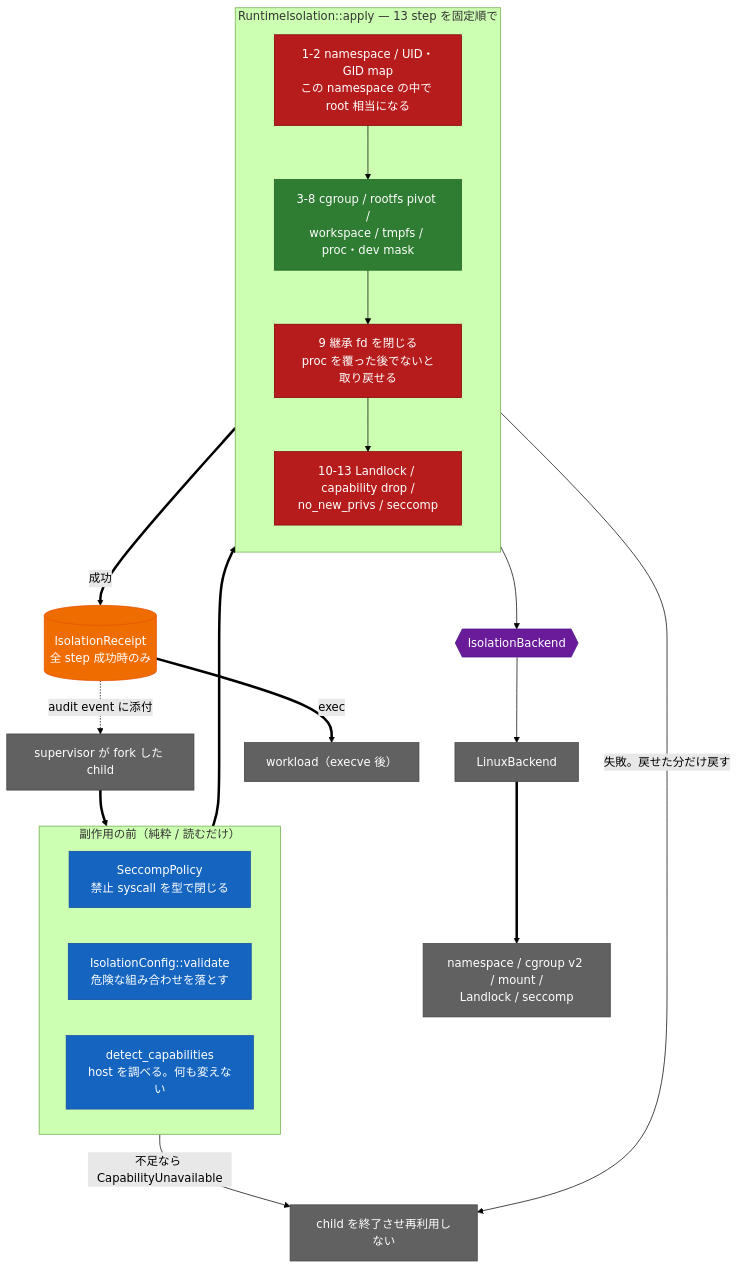
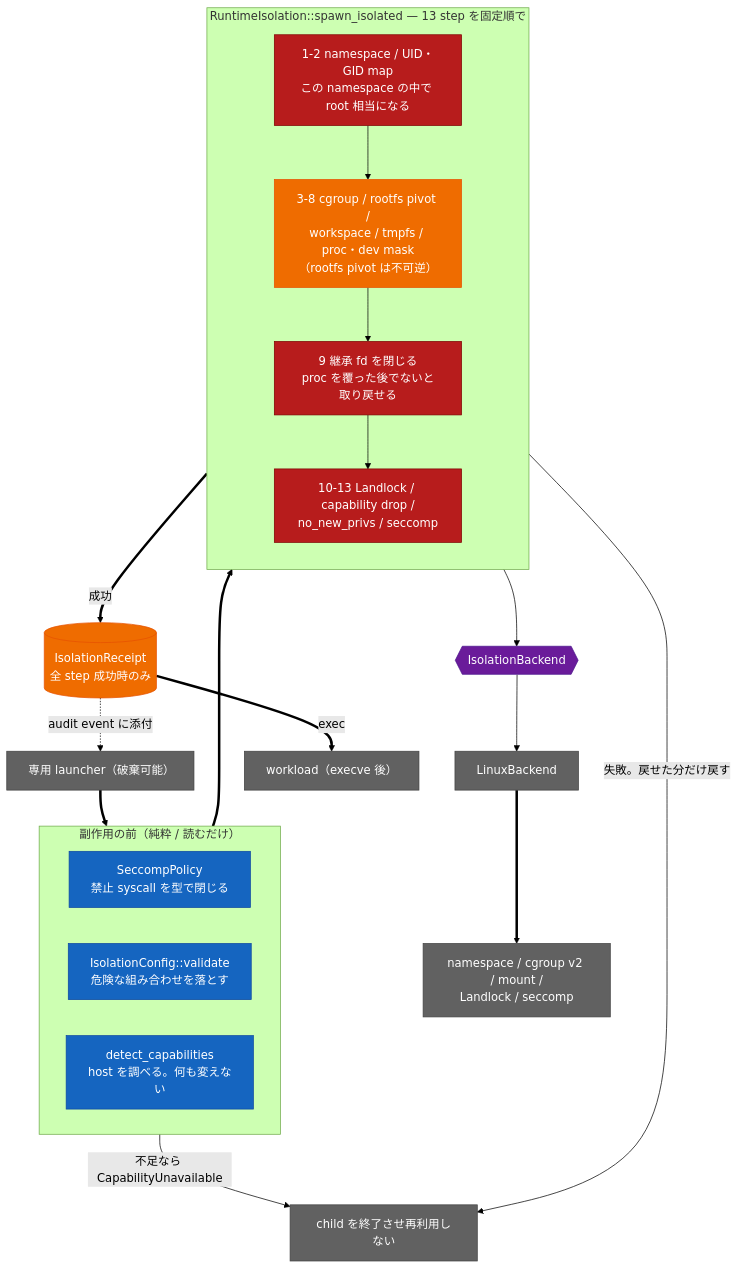
Before and after one commit to Aqua-218/SecCamp-AIAgent: the diagram in docs/runtime-isolation/README.md, drawn with Mermaid (forest theme). The commit also changed other lines of this file, not shown here.

Commit message:
docs(isolation): name spawn_isolated as the entry point for the transaction

````diff
--- a/docs/runtime-isolation/README.md
+++ b/docs/runtime-isolation/README.md
@@ -17,50 +19,51 @@
 ```mermaid
 flowchart TB
-    sup["supervisor が fork した child"]
+    sup["専用 launcher（破棄可能）"]
 
     subgraph pre["副作用の前（純粋 / 読むだけ）"]
         direction LR
         sc["SeccompPolicy<br/>禁止 syscall を型で閉じる"]
         cfg["IsolationConfig::validate<br/>危険な組み合わせを落とす"]
         det["detect_capabilities<br/>host を調べる。何も変えない"]
     end
 
-    subgraph apply["RuntimeIsolation::apply — 13 step を固定順で"]
+    subgraph apply["RuntimeIsolation::spawn_isolated — 13 step を固定順で"]
         direction TB
         p1["1-2 namespace / UID・GID map<br/>この namespace の中で root 相当になる"]
-        p2["3-8 cgroup / rootfs pivot /<br/>workspace / tmpfs / proc・dev mask"]
+        p2["3-8 cgroup / rootfs pivot /<br/>workspace / tmpfs / proc・dev mask<br/>（rootfs pivot は不可逆）"]
         p3["9 継承 fd を閉じる<br/>proc を覆った後でないと取り戻せる"]
         p4["10-13 Landlock / capability drop /<br/>no_new_privs / seccomp"]
         p1 --> p2 --> p3 --> p4
     end
 
     backend{{"IsolationBackend"}}
     linux["LinuxBackend"]
     kern["namespace / cgroup v2 / mount /<br/>Landlock / seccomp"]
 
     receipt[("IsolationReceipt<br/>全 step 成功時のみ")]
     wl["workload（execve 後）"]
     dead["child を終了させ再利用しない"]
 
     sup ==> pre
     pre -->|"不足なら CapabilityUnavailable"| dead
     pre ==> apply
     apply --> backend --> linux ==> kern
     apply ==>|"成功"| receipt
     receipt ==>|"exec"| wl
     receipt -.->|"audit event に添付"| sup
     apply -->|"失敗。戻せた分だけ戻す"| dead
 
     classDef pure fill:#1565c0,color:#fff,stroke:#0d47a1;
     classDef reversible fill:#2e7d32,color:#fff,stroke:#1b5e20;
+    classDef mixed fill:#ef6c00,color:#fff,stroke:#e65100;
     classDef oneway fill:#b71c1c,color:#fff,stroke:#7f0000;
     classDef seam fill:#6a1b9a,color:#fff,stroke:#4a148c;
     classDef data fill:#ef6c00,color:#fff,stroke:#e65100;
     classDef external fill:#616161,color:#fff,stroke:#424242;
     class sc,cfg,det pure;
-    class p2 reversible;
+    class p2 mixed;
     class p1,p3,p4 oneway;
     class backend seam;
     class sup,linux,kern,wl,dead external;
     class receipt data;
 ```
````
